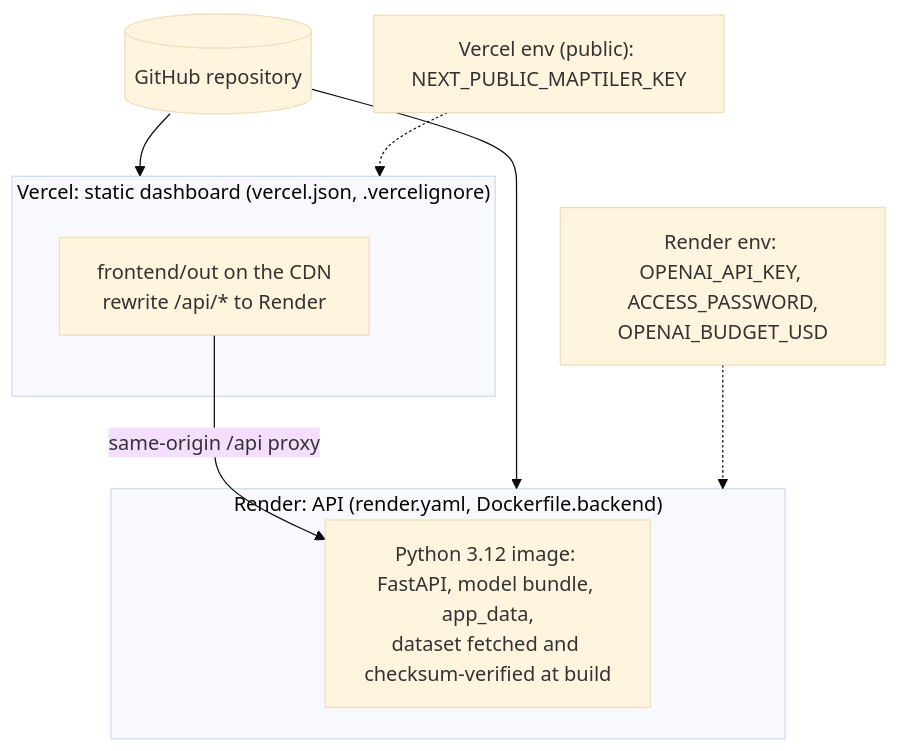
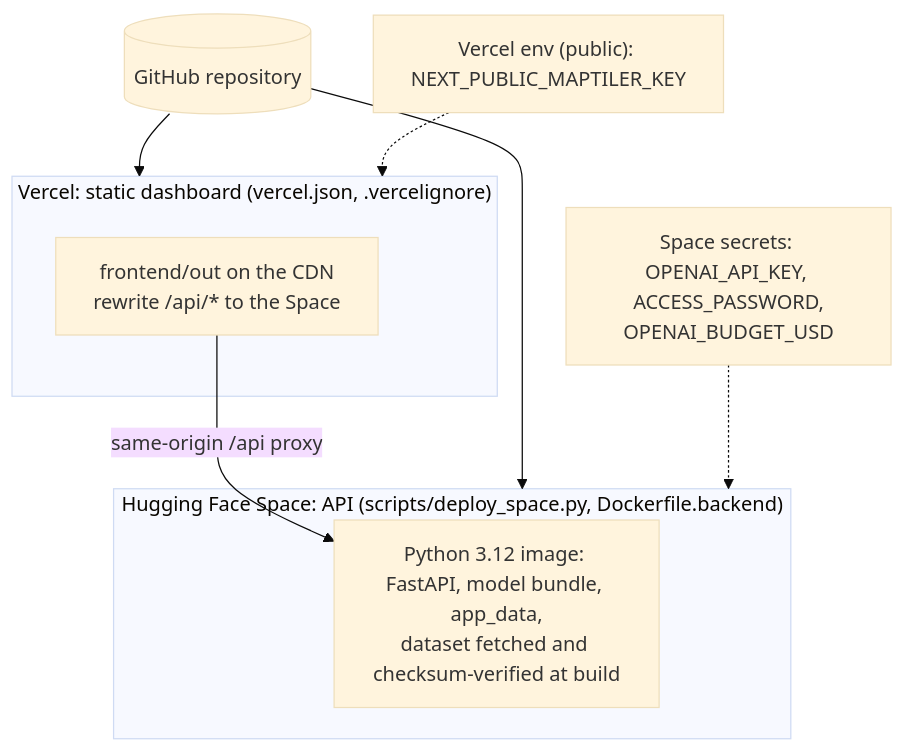
Before and after one commit to A-K-M-Asifuzzaman/EDU_HACKATHON: the second of 3 diagrams in docs/architecture/deployment-security.md, drawn with Mermaid (base theme). The commit also changed 5 other files, not shown here.

Commit message:
build(deploy): backend on a Hugging Face Space, dashboard on Vercel proxying /api; docs updated

````diff
--- a/docs/architecture/deployment-security.md
+++ b/docs/architecture/deployment-security.md
@@ -20,15 +20,15 @@
 ```mermaid
 flowchart TB
     repo[("GitHub repository")]
     subgraph vercel["Vercel: static dashboard (vercel.json, .vercelignore)"]
-        cdn["frontend/out on the CDN<br/>rewrite /api/* to Render"]
+        cdn["frontend/out on the CDN<br/>rewrite /api/* to the Space"]
     end
-    subgraph render["Render: API (render.yaml, Dockerfile.backend)"]
+    subgraph render["Hugging Face Space: API (scripts/deploy_space.py, Dockerfile.backend)"]
         img["Python 3.12 image: FastAPI, model bundle, app_data,<br/>dataset fetched and checksum-verified at build"]
     end
     repo --> vercel
     repo --> render
     cdn -->|"same-origin /api proxy"| img
-    secrets["Render env: OPENAI_API_KEY, ACCESS_PASSWORD,<br/>OPENAI_BUDGET_USD"] -.-> render
+    secrets["Space secrets: OPENAI_API_KEY, ACCESS_PASSWORD,<br/>OPENAI_BUDGET_USD"] -.-> render
     pub["Vercel env (public): NEXT_PUBLIC_MAPTILER_KEY"] -.-> vercel
 ```
````
